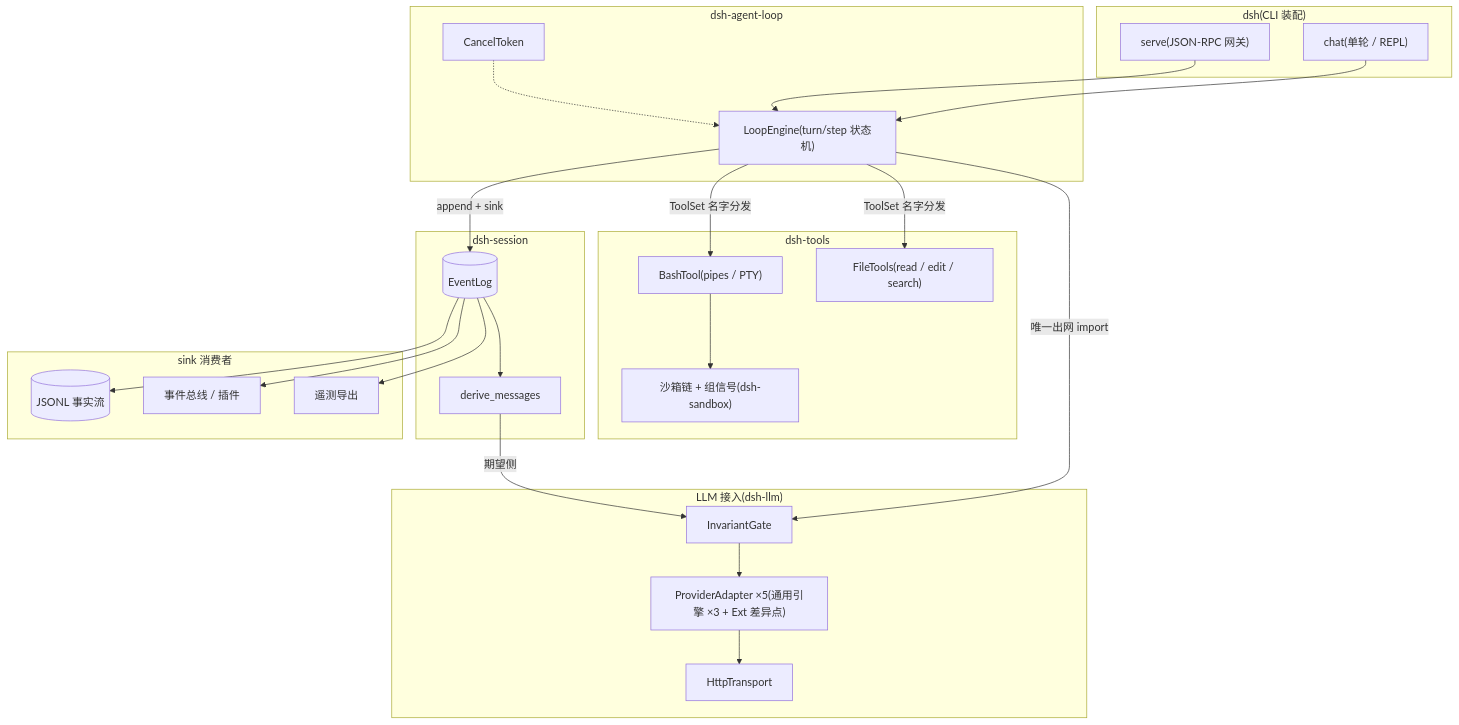
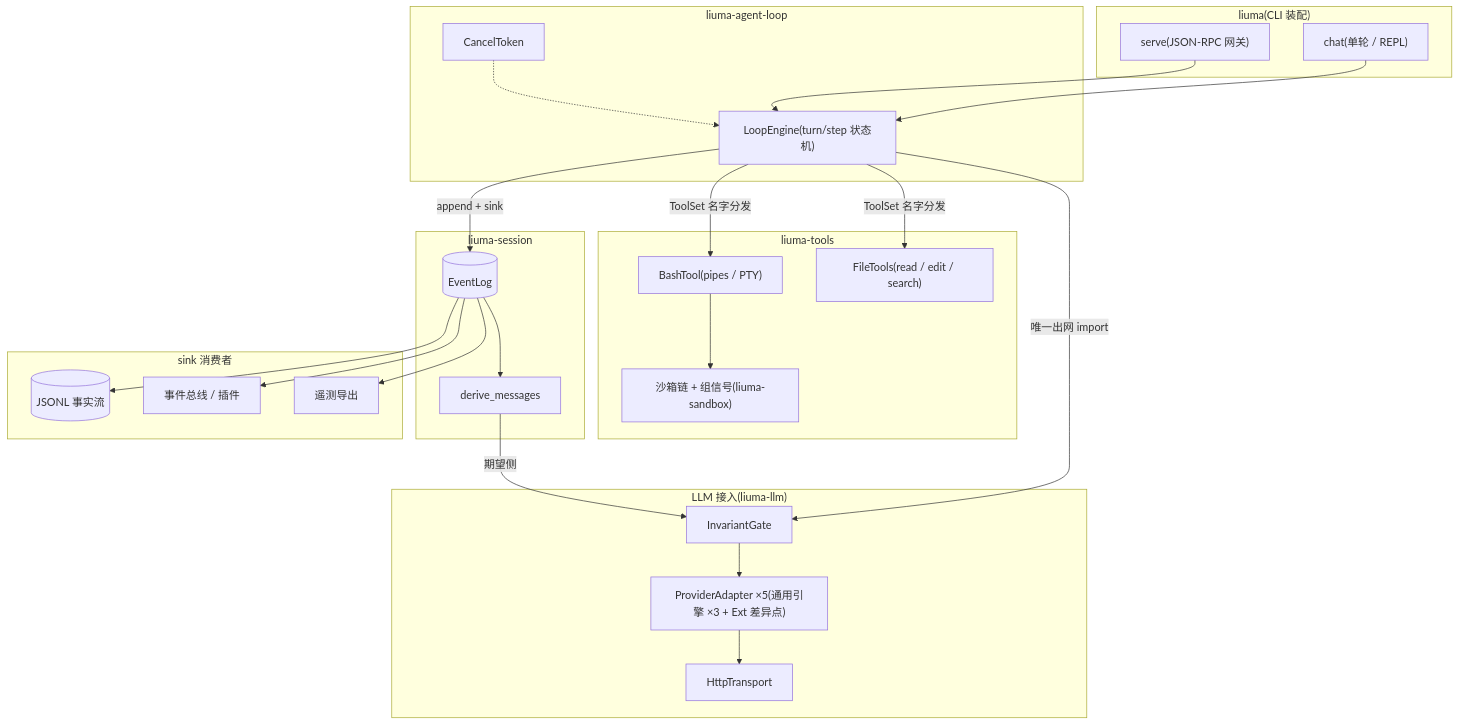
Before and after one commit to leexbo/deepseek-harness-rs: the second of 3 diagrams in docs/design.md, drawn with Mermaid. The commit also changed other lines of this file and 460 other files, not shown here.

````diff
--- a/docs/design.md
+++ b/docs/design.md
@@ -55,45 +55,45 @@
 ```mermaid
 flowchart TB
-    subgraph CLI["dsh(CLI 装配)"]
+    subgraph CLI["liuma(CLI 装配)"]
         CHAT["chat(单轮 / REPL)"]
         SERVE["serve(JSON-RPC 网关)"]
     end
-    subgraph LOOP["dsh-agent-loop"]
+    subgraph LOOP["liuma-agent-loop"]
         ENGINE["LoopEngine(turn/step 状态机)"]
         CT["CancelToken"]
     end
-    subgraph TRANSPORT["LLM 接入(dsh-llm)"]
+    subgraph TRANSPORT["LLM 接入(liuma-llm)"]
         GATE["InvariantGate"]
         ADP["ProviderAdapter ×5(通用引擎 ×3 + Ext 差异点)"]
         HTTP["HttpTransport"]
         GATE --> ADP --> HTTP
     end
-    subgraph TOOLS["dsh-tools"]
+    subgraph TOOLS["liuma-tools"]
         BASH["BashTool(pipes / PTY)"]
         FILE["FileTools(read / edit / search)"]
-        SBX["沙箱链 + 组信号(dsh-sandbox)"]
+        SBX["沙箱链 + 组信号(liuma-sandbox)"]
         BASH --> SBX
     end
-    subgraph SESSION["dsh-session"]
+    subgraph SESSION["liuma-session"]
         LOG[("EventLog")]
         DERIVE["derive_messages"]
     end
     subgraph SINKS["sink 消费者"]
         PERSIST[("JSONL 事实流")]
         BUS["事件总线 / 插件"]
         TELE["遥测导出"]
     end
 
     CHAT --> ENGINE
     SERVE --> ENGINE
     ENGINE -->|"唯一出网 import"| GATE
     ENGINE -->|"ToolSet 名字分发"| BASH
     ENGINE -->|"ToolSet 名字分发"| FILE
     ENGINE -->|"append + sink"| LOG
     LOG --> DERIVE
     DERIVE -->|"期望侧"| GATE
     LOG --> PERSIST
     LOG --> BUS
     LOG --> TELE
     CT -.-> ENGINE
 ```
````
